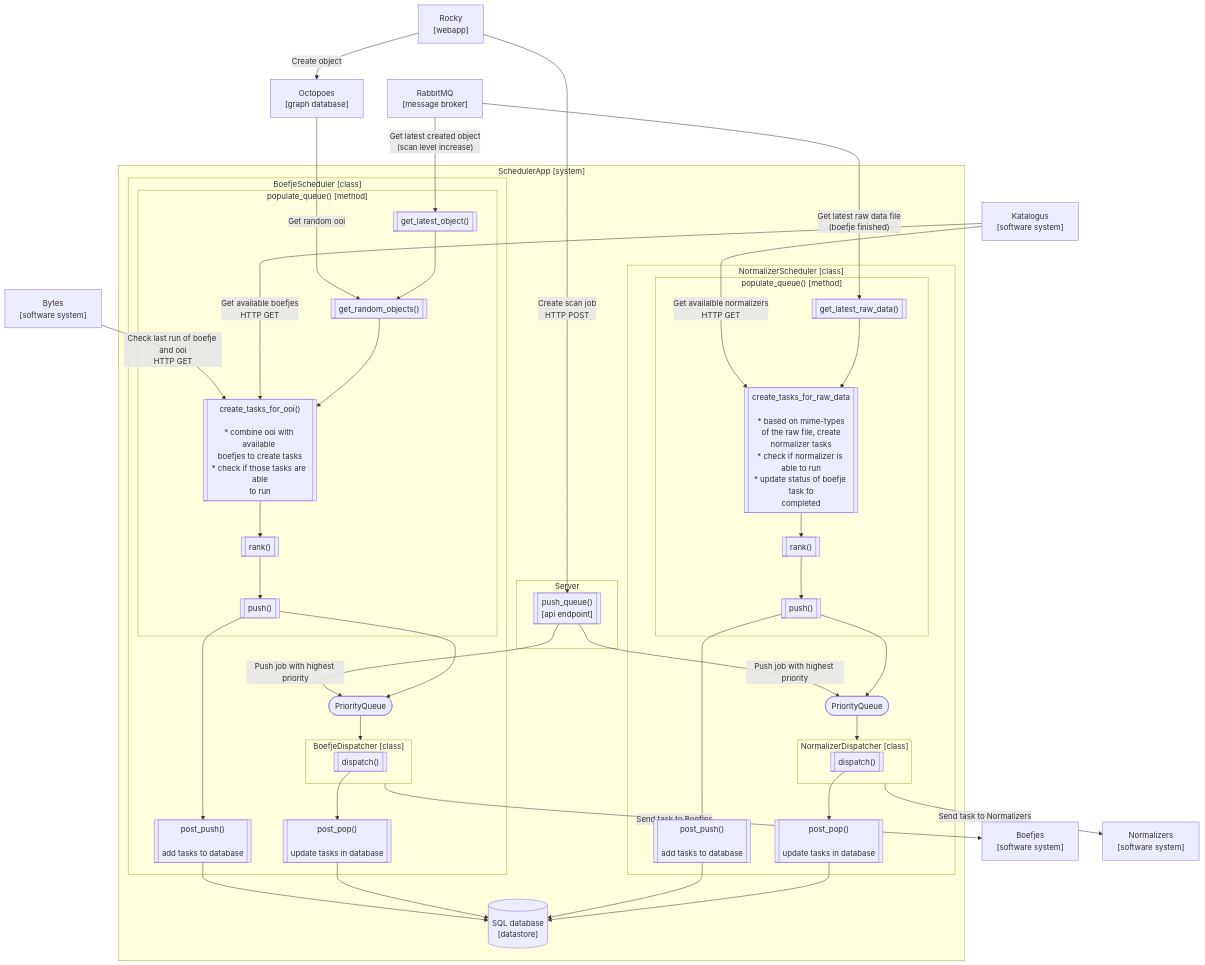
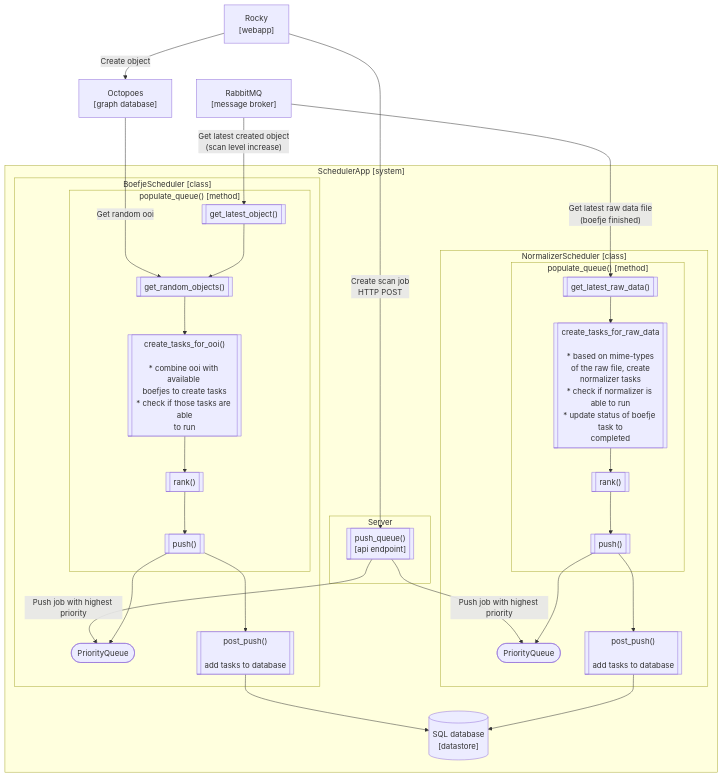
The second of 3 diagrams in docs/design.md (minvws/nl-kat-mula), drawn with Mermaid before and after one commit. The commit also changed other lines of this file and 14 other files, not shown here.

```diff
--- a/docs/design.md
+++ b/docs/design.md
@@ -91,10 +90,10 @@
     %% External services
     Rocky["Rocky<br/>[webapp]"]
     Octopoes["Octopoes<br/>[graph database]"]
-    Katalogus["Katalogus<br/>[software system]"]
-    Boefjes["Boefjes<br/>[software system]"]
-    Normalizers["Normalizers<br/>[software system]"]
-    Bytes["Bytes<br/>[software system]"]
+    %% Katalogus["Katalogus<br/>[software system]"]
+    %% Boefjes["Boefjes<br/>[software system]"]
+    %% Normalizers["Normalizers<br/>[software system]"]
+    %% Bytes["Bytes<br/>[software system]"]
     RabbitMQ["RabbitMQ<br/>[message broker]"]
 
     %% Rocky flow
@@ -104,9 +103,9 @@
     push_queue--"Push job with highest priority"-->NormalizerPriorityQueue
     
     %% External services flow
-    Bytes--"Check last run of boefje and ooi<br/>HTTP GET"-->create_tasks_for_ooi
-    Katalogus--"Get available boefjes<br/>HTTP GET"--->create_tasks_for_ooi
-    Katalogus--"Get availalble normalizers<br/>HTTP GET"-->create_tasks_for_raw_data
+    %% Bytes--"Check last run of boefje and ooi<br/>HTTP GET"-->create_tasks_for_ooi
+    %% Katalogus--"Get available boefjes<br/>HTTP GET"--->create_tasks_for_ooi
+    %% Katalogus--"Get availalble normalizers<br/>HTTP GET"-->create_tasks_for_raw_data
     Octopoes--"Get random ooi"--->get_random_objects
     RabbitMQ--"Get latest created object<br/>(scan level increase)"-->get_latest_object
     RabbitMQ--"Get latest raw data file<br/>(boefje finished)"-->get_latest_raw_data
@@ -116,16 +115,12 @@
     push_boefje-->post_push_boefje
     push_boefje--> BoefjePriorityQueue
     post_push_boefje-->Datastore
-    post_pop_boefje-->Datastore
-    BoefjeDispatcher--"Send task to Boefjes"-->Boefjes    
     
     %% Normalizer flow
     get_latest_raw_data-->create_tasks_for_raw_data-->rank_normalizer-->push_normalizer
     push_normalizer-->post_push_normalizer
     push_normalizer-->NormalizerPriorityQueue
     post_push_normalizer-->Datastore
-    post_pop_normalizer-->Datastore
-    NormalizerDispatcher--"Send task to Normalizers"-->Normalizers
 
     subgraph Scheduler["SchedulerApp [system]"]
 
@@ -139,19 +134,10 @@
             end
 
             post_push_boefje[["post_push()<br/><br/>add tasks to database"]]
-            post_pop_boefje[["post_pop()<br/><br/>update tasks in database"]]
 
             BoefjePriorityQueue(["PriorityQueue"])
-            BoefjePriorityQueue-->BoefjeDispatcher
-            
-            BoefjeDispatcher[["Dispatcher"]]
+            BoefjePriorityQueue
         end
-
-        subgraph BoefjeDispatcher["BoefjeDispatcher [class]"]
-            boefje_dispatch[["dispatch()"]]
-        end
-        boefje_dispatch-->post_pop_boefje
-
 
         subgraph NormalizerScheduler["NormalizerScheduler [class]"]
             subgraph NormalizerPopulateQueue["populate_queue() [method]"]
@@ -162,18 +148,9 @@
             end
 
             post_push_normalizer[["post_push()<br/><br/>add tasks to database"]]
-            post_pop_normalizer[["post_pop()<br/><br/>update tasks in database"]]
             
             NormalizerPriorityQueue(["PriorityQueue"])
-            NormalizerPriorityQueue-->NormalizerDispatcher
-
-            NormalizerDispatcher[["NormalizerDispatcher"]]
         end
-
-        subgraph NormalizerDispatcher["NormalizerDispatcher [class]"]
-            normalizer_dispatch[["dispatch()"]]
-        end
-        normalizer_dispatch-->post_pop_normalizer
 
         subgraph Server
             push_queue[["push_queue()<br/>[api endpoint]"]]
```
